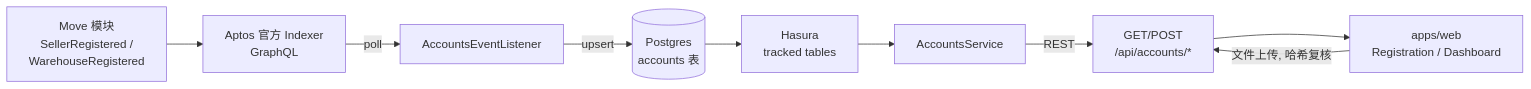
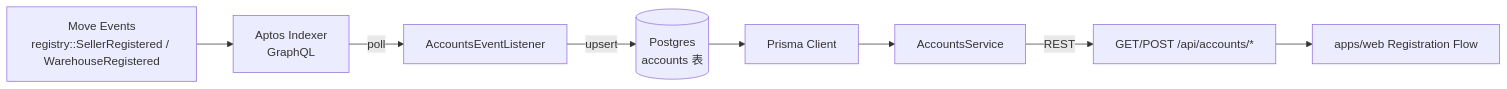
The diagram in docs/architecture/4-链下服务与数据流.md (cyl19970726/haigo), drawn with Mermaid before and after one commit. The commit also changed other lines of this file and 26 other files, not shown here.

````diff
--- a/docs/architecture/4-链下服务与数据流.md
+++ b/docs/architecture/4-链下服务与数据流.md
@@ -12,18 +13,10 @@
-```mermaid
-flowchart LR
-  Move[Move 模块
-SellerRegistered /
-WarehouseRegistered] --> Indexer[Aptos 官方 Indexer
-GraphQL]
-  Indexer -->|poll| AccountsEventListener
-  AccountsEventListener -->|upsert| Postgres[(Postgres
-accounts 表)]
-  Postgres --> Hasura[Hasura
-tracked tables]
-  Hasura --> AccountsService
-  AccountsService -->|REST| AccountsAPI[GET/POST
-/api/accounts/*]
-  AccountsAPI --> WebApp[apps/web
-Registration / Dashboard]
-  WebApp -->|文件上传, 哈希复核| AccountsAPI
-```
+  ```mermaid
+  flowchart LR
+    MoveEvents[Move Events<br/>registry::SellerRegistered / WarehouseRegistered] --> Indexer[Aptos Indexer<br/>GraphQL]
+    Indexer -->|poll| AccountsEventListener
+    AccountsEventListener -->|upsert| Postgres[(Postgres<br/>accounts 表)]
+    Postgres --> Prisma[Prisma Client]
+    Prisma --> AccountsService
+    AccountsService -->|REST| API[GET/POST /api/accounts/*]
+    API --> Frontend[apps/web Registration Flow]
+  ```
````
